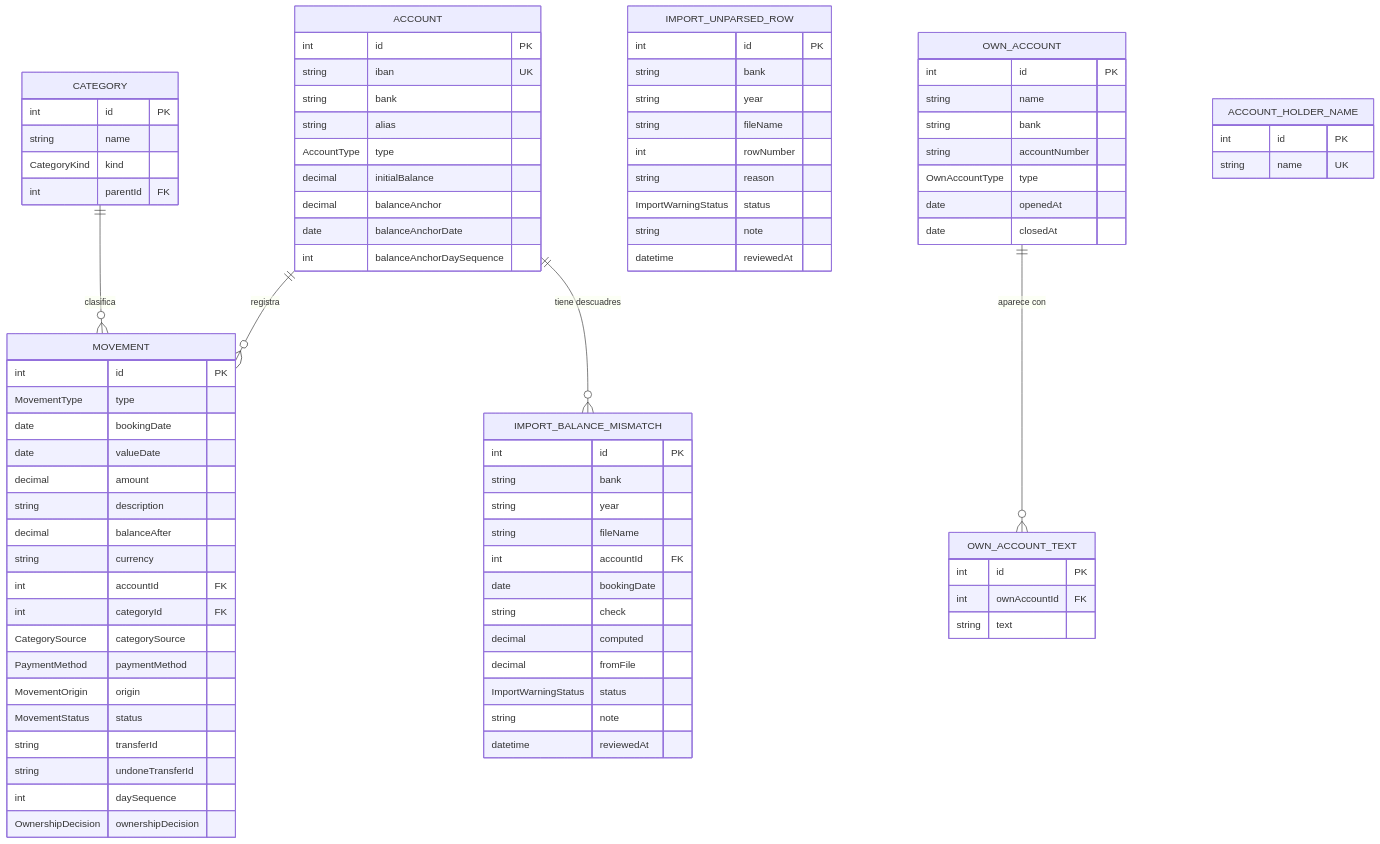
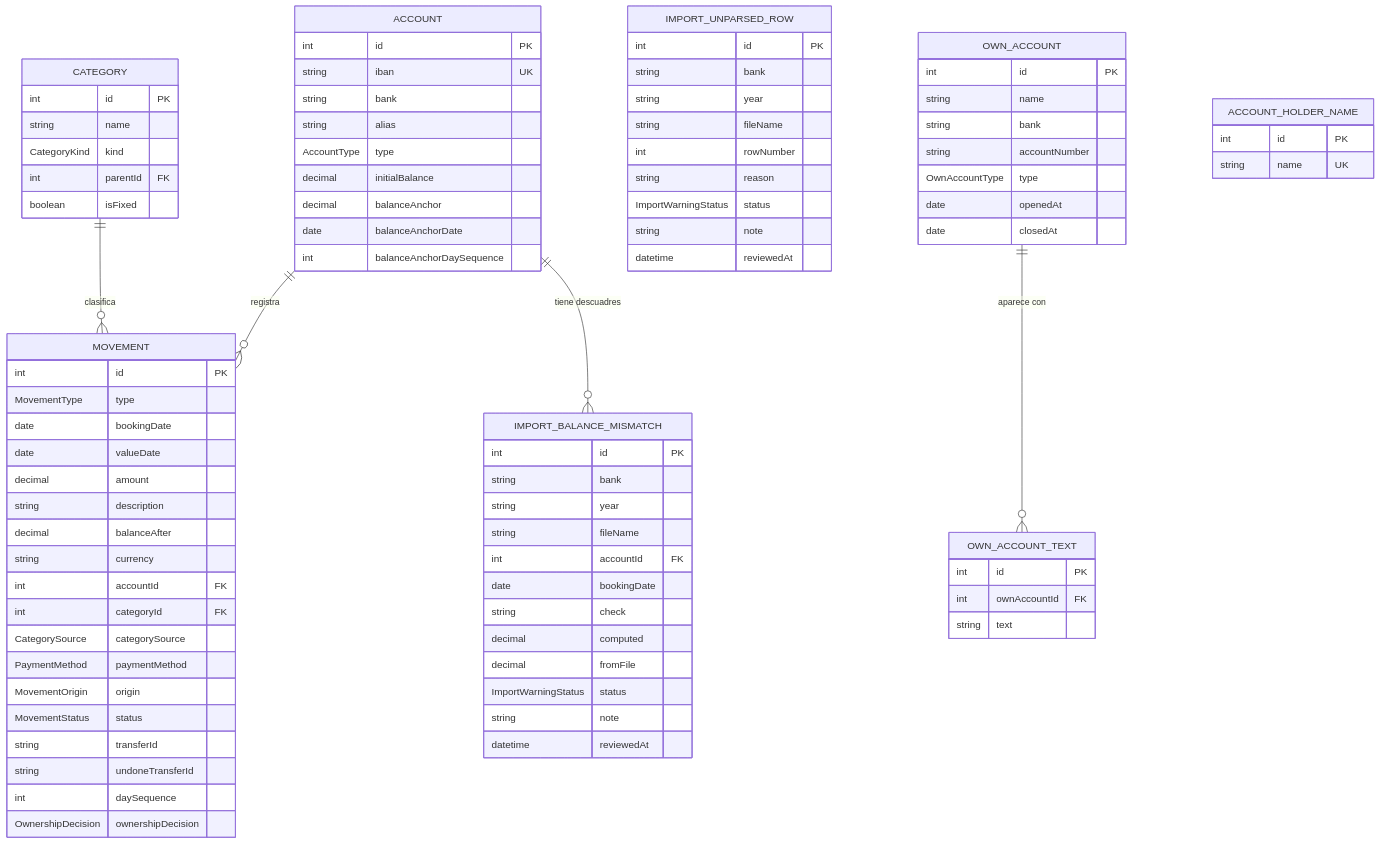
The first of 2 diagrams in docs/data-model.md (wanyos/control-gastos-backend), drawn with Mermaid before and after one commit. The commit also changed other lines of this file and 31 other files, not shown here.

```diff
--- a/docs/data-model.md
+++ b/docs/data-model.md
@@ -119,6 +119,7 @@
         string name
         CategoryKind kind
         int parentId FK
+        boolean isFixed
     }
     MOVEMENT {
         int id PK
```
